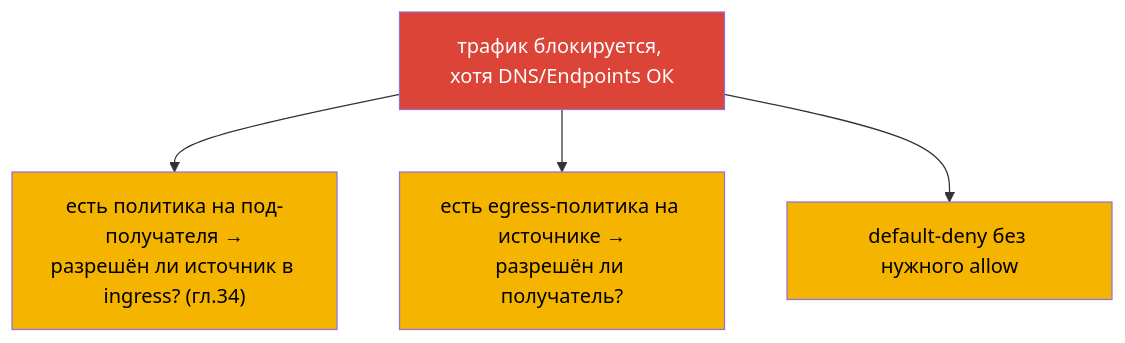
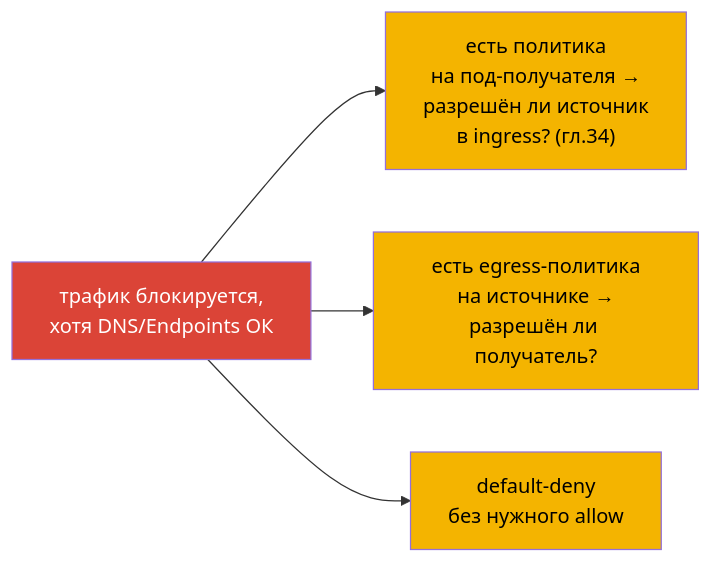
Before and after one commit to ViktorUJ/cks: the fifth of 7 diagrams in tasks/cka/course/46/ru.md, drawn with Mermaid. The commit also changed other lines of this file and 30 other files, not shown here.

````diff
--- a/tasks/cka/course/46/ru.md
+++ b/tasks/cka/course/46/ru.md
@@ -126,10 +126,10 @@
 ```mermaid
-flowchart TB
-    np["трафик блокируется, хотя DNS/Endpoints ОК"] --> c1["есть политика на под-получателя →<br>разрешён ли источник в ingress? (гл.34)"]
-    np --> c2["есть egress-политика на источнике →<br>разрешён ли получатель?"]
-    np --> c3["default-deny без нужного allow"]
+flowchart LR
+    np["трафик блокируется,<br>хотя DNS/Endpoints ОК"] --> c1["есть политика<br>на под-получателя →<br>разрешён ли источник<br>в ingress? (гл.34)"]
+    np --> c2["есть egress-политика<br>на источнике →<br>разрешён ли получатель?"]
+    np --> c3["default-deny<br>без нужного allow"]
     style np fill:#db4437,color:#fff
     style c1 fill:#f4b400,color:#000
     style c2 fill:#f4b400,color:#000
     style c3 fill:#f4b400,color:#000
 ```
````
